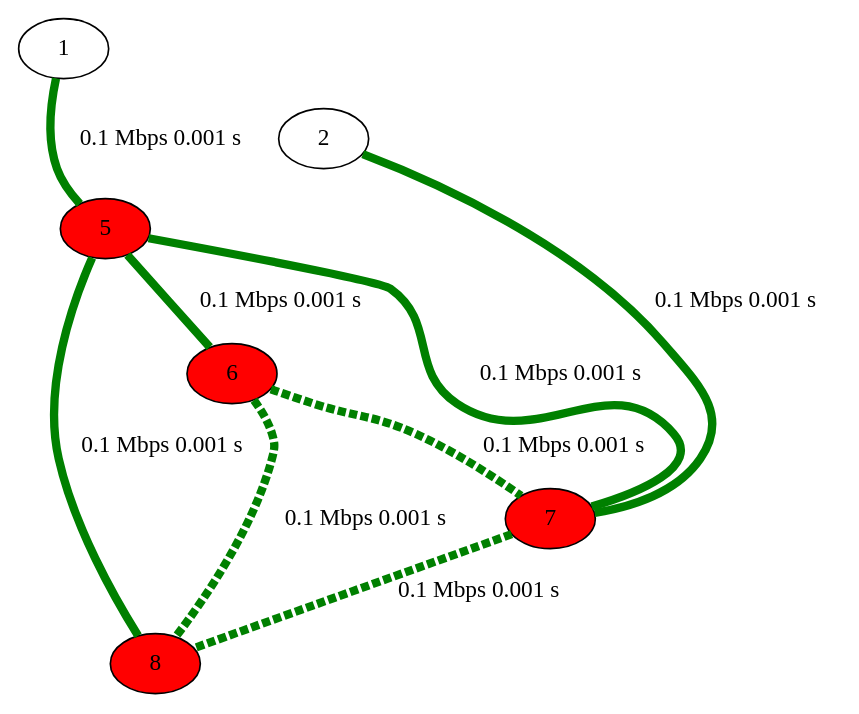
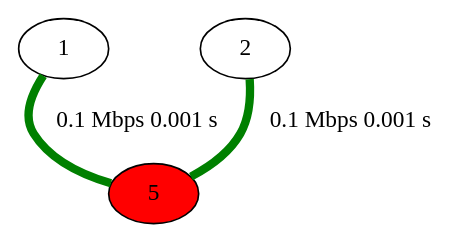
The diagram in network.gv (nonononoka/ntSimulator), drawn with Graphviz before and after one commit. The commit also changed 7 other files, not shown here.

```diff
--- a/network.gv
+++ b/network.gv
@@ -1,64 +1,22 @@
 strict graph {
 
 
 	"1" [  weight=0 ];
 
 	"1" -- "5" [ color="green", label="0.1 Mbps 0.001 s
 ", penwidth="5.00",  weight=0 ];
 
 	"2" [  weight=0 ];
 
-	"2" -- "7" [ color="green", label="0.1 Mbps 0.001 s
-", penwidth="5.00", style="",  weight=0 ];
+	"2" -- "5" [ color="green", label="0.1 Mbps 0.001 s
+", penwidth="5.00",  weight=0 ];
 
 	"5" [ fillcolor="red", style="filled",  weight=0 ];
-
-	"5" -- "7" [ color="green", label="0.1 Mbps 0.001 s
-", penwidth="5.00", style="",  weight=0 ];
-
-	"5" -- "8" [ color="green", label="0.1 Mbps 0.001 s
-", penwidth="5.00", style="",  weight=0 ];
 
 	"5" -- "1" [ color="green", label="0.1 Mbps 0.001 s
 ", penwidth="5.00",  weight=0 ];
 
-	"5" -- "6" [ color="green", label="0.1 Mbps 0.001 s
-", penwidth="5.00", style="",  weight=0 ];
-
-	"6" [ fillcolor="red", style="filled",  weight=0 ];
-
-	"6" -- "5" [ color="green", label="0.1 Mbps 0.001 s
-", penwidth="5.00", style="",  weight=0 ];
-
-	"6" -- "7" [ color="green", label="0.1 Mbps 0.001 s
-", penwidth="5.00", style="dashed",  weight=0 ];
-
-	"6" -- "8" [ color="green", label="0.1 Mbps 0.001 s
-", penwidth="5.00", style="dashed",  weight=0 ];
-
-	"7" [ fillcolor="red", style="filled",  weight=0 ];
-
-	"7" -- "2" [ color="green", label="0.1 Mbps 0.001 s
-", penwidth="5.00", style="",  weight=0 ];
-
-	"7" -- "5" [ color="green", label="0.1 Mbps 0.001 s
-", penwidth="5.00", style="",  weight=0 ];
-
-	"7" -- "6" [ color="green", label="0.1 Mbps 0.001 s
-", penwidth="5.00", style="dashed",  weight=0 ];
-
-	"7" -- "8" [ color="green", label="0.1 Mbps 0.001 s
-", penwidth="5.00", style="dashed",  weight=0 ];
-
-	"8" [ fillcolor="red", style="filled",  weight=0 ];
-
-	"8" -- "5" [ color="green", label="0.1 Mbps 0.001 s
-", penwidth="5.00", style="",  weight=0 ];
-
-	"8" -- "6" [ color="green", label="0.1 Mbps 0.001 s
-", penwidth="5.00", style="dashed",  weight=0 ];
-
-	"8" -- "7" [ color="green", label="0.1 Mbps 0.001 s
-", penwidth="5.00", style="dashed",  weight=0 ];
+	"5" -- "2" [ color="green", label="0.1 Mbps 0.001 s
+", penwidth="5.00",  weight=0 ];
 
 }
```
